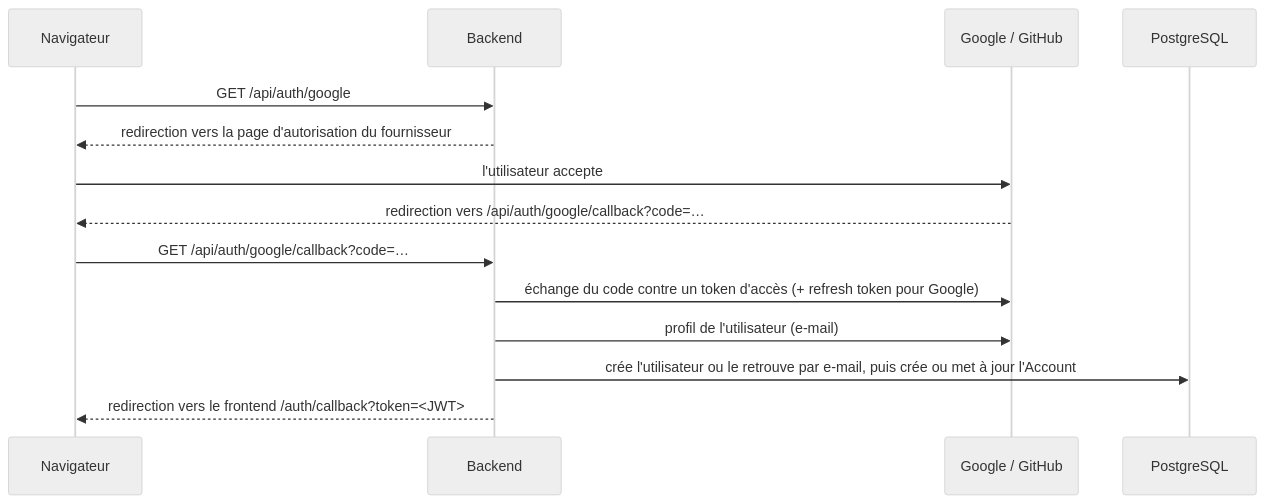
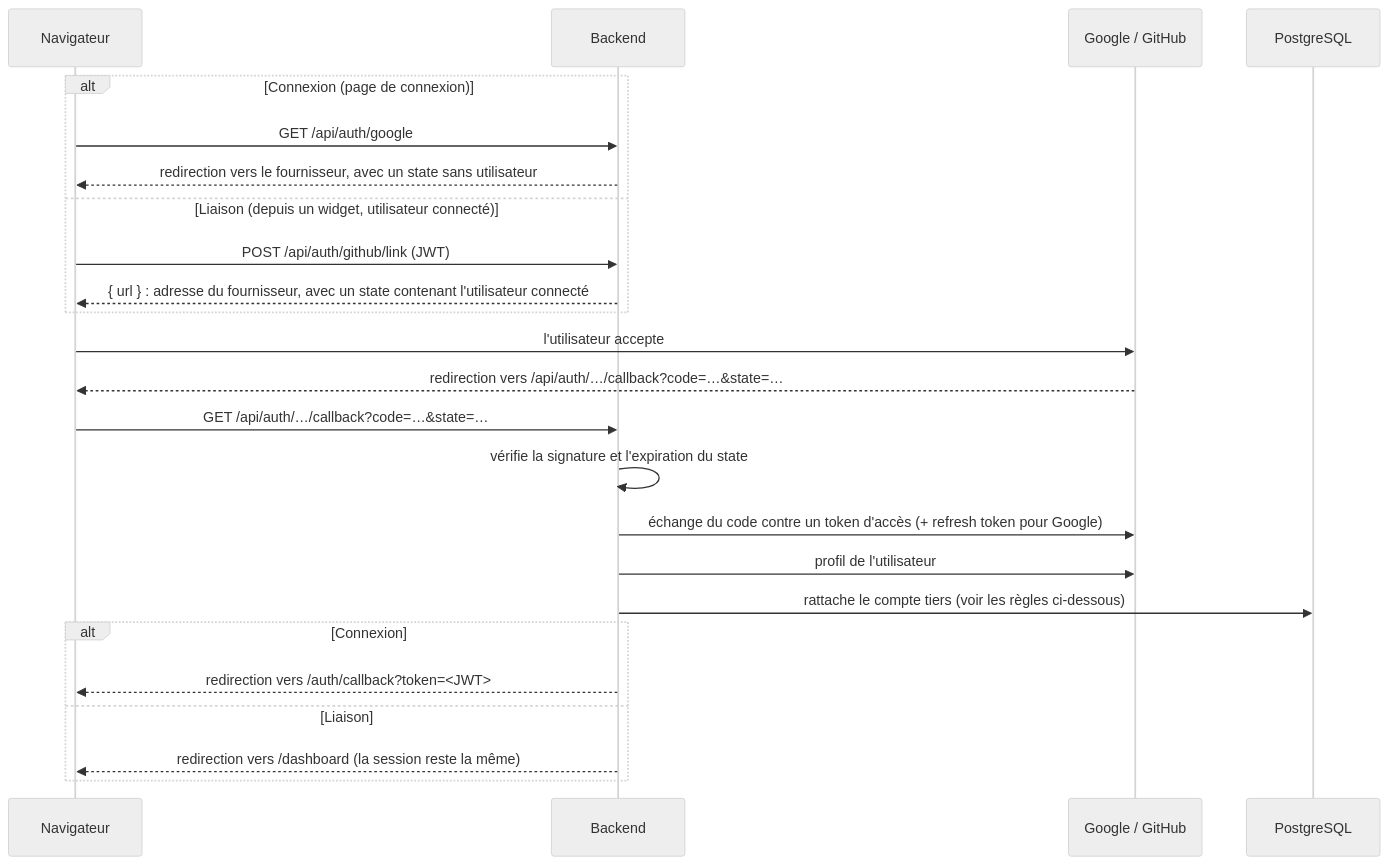
One commit to Thomas-Peze28/dashboard changed the fifth of 8 diagrams in docs/ARCHITECTURE.md. Above: the diagram before and after it, drawn with Mermaid (neutral theme). The commit also changed other lines of this file and 15 other files, not shown here.

````diff
--- a/docs/ARCHITECTURE.md
+++ b/docs/ARCHITECTURE.md
@@ -200,17 +206,27 @@
 ```mermaid
 sequenceDiagram
     participant U as Navigateur
     participant B as Backend
     participant P as Google / GitHub
     participant DB as PostgreSQL
 
-    U->>B: GET /api/auth/google
-    B-->>U: redirection vers la page d'autorisation du fournisseur
+    alt Connexion (page de connexion)
+        U->>B: GET /api/auth/google
+        B-->>U: redirection vers le fournisseur, avec un state sans utilisateur
+    else Liaison (depuis un widget, utilisateur connecté)
+        U->>B: POST /api/auth/github/link (JWT)
+        B-->>U: { url } : adresse du fournisseur, avec un state contenant l'utilisateur connecté
+    end
     U->>P: l'utilisateur accepte
-    P-->>U: redirection vers /api/auth/google/callback?code=…
-    U->>B: GET /api/auth/google/callback?code=…
+    P-->>U: redirection vers /api/auth/…/callback?code=…&state=…
+    U->>B: GET /api/auth/…/callback?code=…&state=…
+    B->>B: vérifie la signature et l'expiration du state
     B->>P: échange du code contre un token d'accès (+ refresh token pour Google)
-    B->>P: profil de l'utilisateur (e-mail)
-    B->>DB: crée l'utilisateur ou le retrouve par e-mail, puis crée ou met à jour l'Account
-    B-->>U: redirection vers le frontend /auth/callback?token=<JWT>
+    B->>P: profil de l'utilisateur
+    B->>DB: rattache le compte tiers (voir les règles ci-dessous)
+    alt Connexion
+        B-->>U: redirection vers /auth/callback?token=<JWT>
+    else Liaison
+        B-->>U: redirection vers /dashboard (la session reste la même)
+    end
 ```
````
